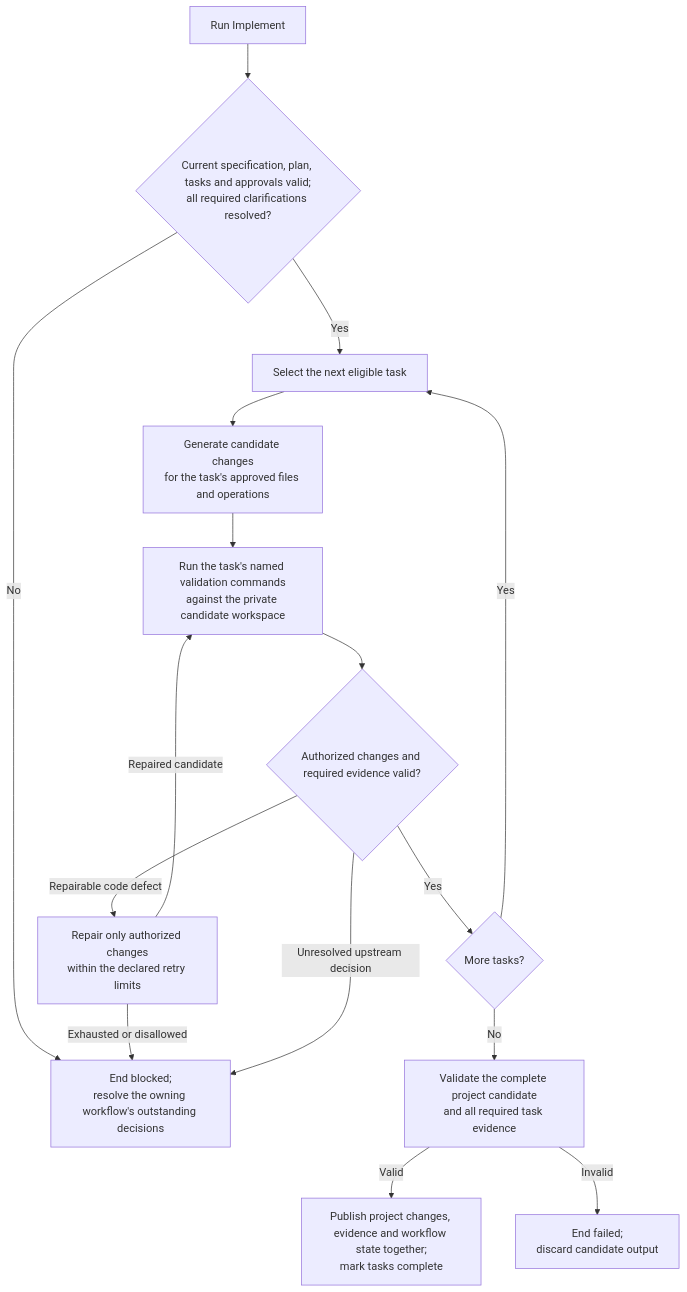
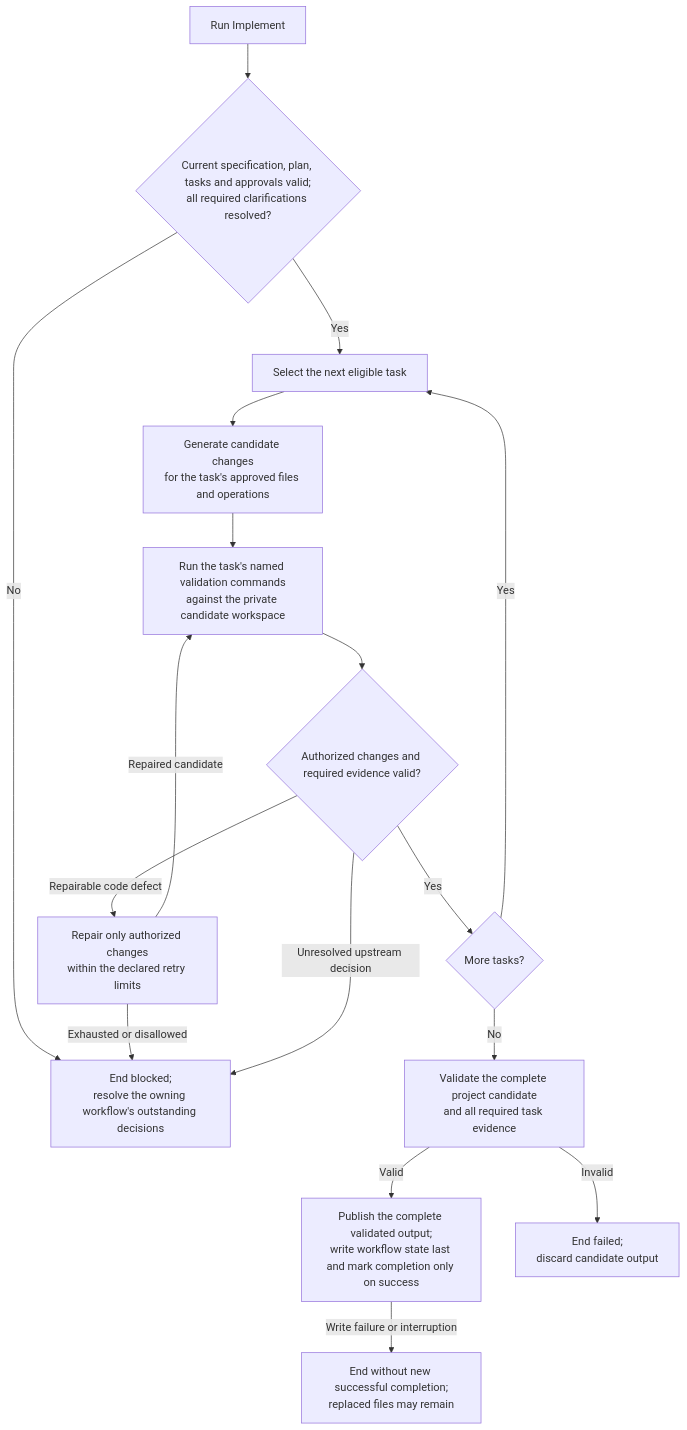
The diagram in design/diagrams/04-implementation-workflow.md (littledespot/sdde), drawn with Mermaid before and after one commit. The commit also changed other lines of this file and 99 other files, not shown here.

````diff
--- a/design/diagrams/04-implementation-workflow.md
+++ b/design/diagrams/04-implementation-workflow.md
@@ -3,18 +3,19 @@
 ```mermaid
 flowchart TD
     START["Run Implement"] --> GATE{"Current specification, plan, tasks and approvals valid;<br/>all required clarifications resolved?"}
     GATE -->|No| BLOCKED["End blocked;<br/>resolve the owning workflow's outstanding decisions"]
     GATE -->|Yes| TASK["Select the next eligible task"]
     TASK --> CHANGE["Generate candidate changes<br/>for the task's approved files and operations"]
     CHANGE --> COMMANDS["Run the task's named validation commands<br/>against the private candidate workspace"]
     COMMANDS --> CHECK{"Authorized changes and required evidence valid?"}
     CHECK -->|Repairable code defect| REPAIR["Repair only authorized changes<br/>within the declared retry limits"]
     REPAIR -->|Repaired candidate| COMMANDS
     REPAIR -->|Exhausted or disallowed| BLOCKED
     CHECK -->|Unresolved upstream decision| BLOCKED
     CHECK -->|Yes| MORE{"More tasks?"}
     MORE -->|Yes| TASK
     MORE -->|No| FINAL["Validate the complete project candidate<br/>and all required task evidence"]
-    FINAL -->|Valid| OUTPUT["Publish project changes, evidence and workflow state together;<br/>mark tasks complete"]
+    FINAL -->|Valid| OUTPUT["Publish the complete validated output;<br/>write workflow state last and mark completion only on success"]
+    OUTPUT -->|Write failure or interruption| WRITEFAIL["End without new successful completion;<br/>replaced files may remain"]
     FINAL -->|Invalid| FAILED["End failed;<br/>discard candidate output"]
 ```
````
